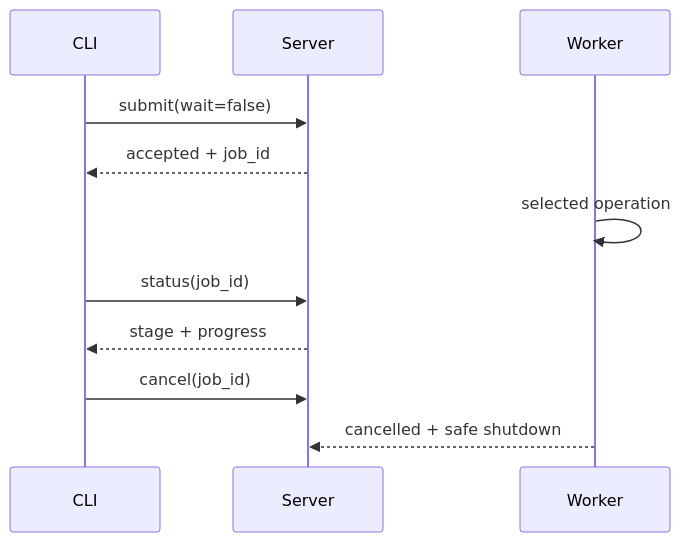
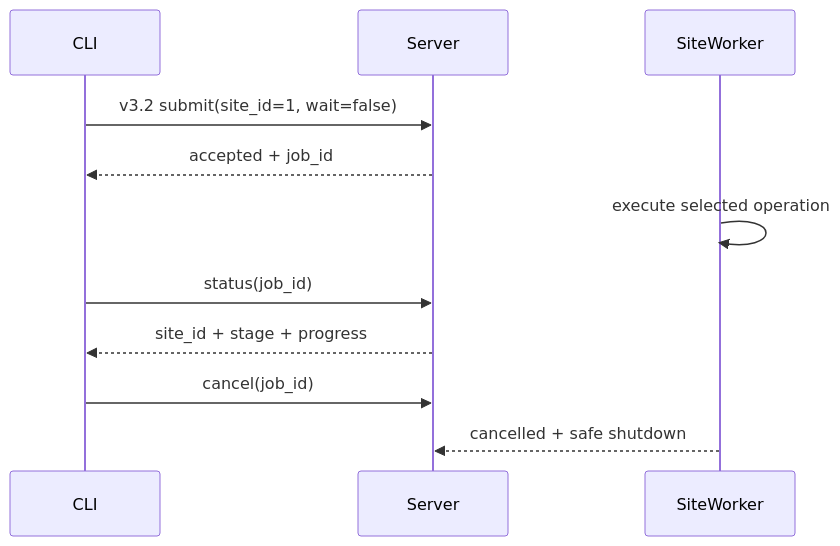
Before and after one commit to physicslu/plasma: the third of 3 diagrams in software/python/docs/architecture.md, drawn with Mermaid. The commit also changed other lines of this file, not shown here.

Commit message:
Align architecture docs with PPU Sites and protocol v3.2

````diff
--- a/software/python/docs/architecture.md
+++ b/software/python/docs/architecture.md
@@ -52,13 +55,13 @@
 ```mermaid
 sequenceDiagram
     participant CLI
     participant Server
-    participant Worker
-    CLI->>Server: submit(wait=false)
+    participant SiteWorker
+    CLI->>Server: v3.2 submit(site_id=1, wait=false)
     Server-->>CLI: accepted + job_id
-    Worker->>Worker: selected operation
+    SiteWorker->>SiteWorker: execute selected operation
     CLI->>Server: status(job_id)
-    Server-->>CLI: stage + progress
+    Server-->>CLI: site_id + stage + progress
     CLI->>Server: cancel(job_id)
-    Worker-->>Server: cancelled + safe shutdown
+    SiteWorker-->>Server: cancelled + safe shutdown
 ```
````
